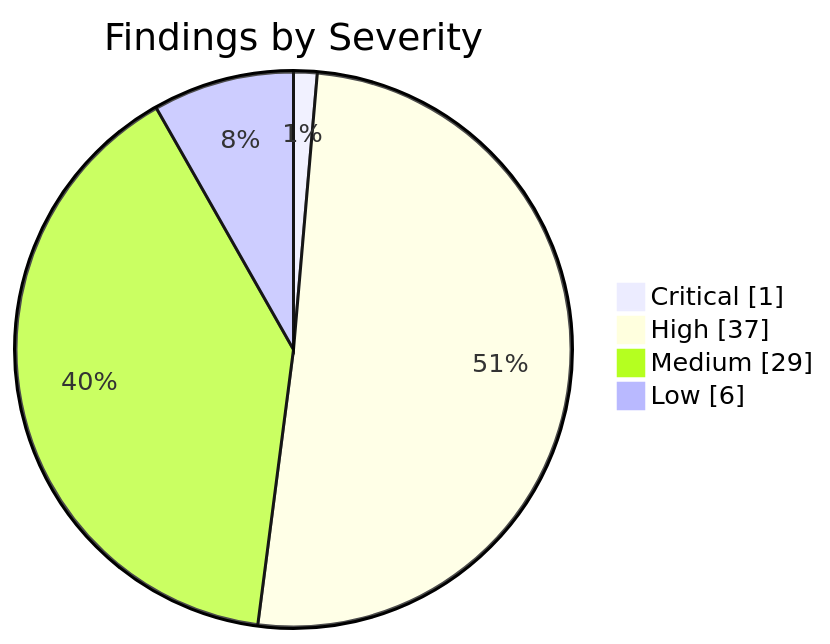
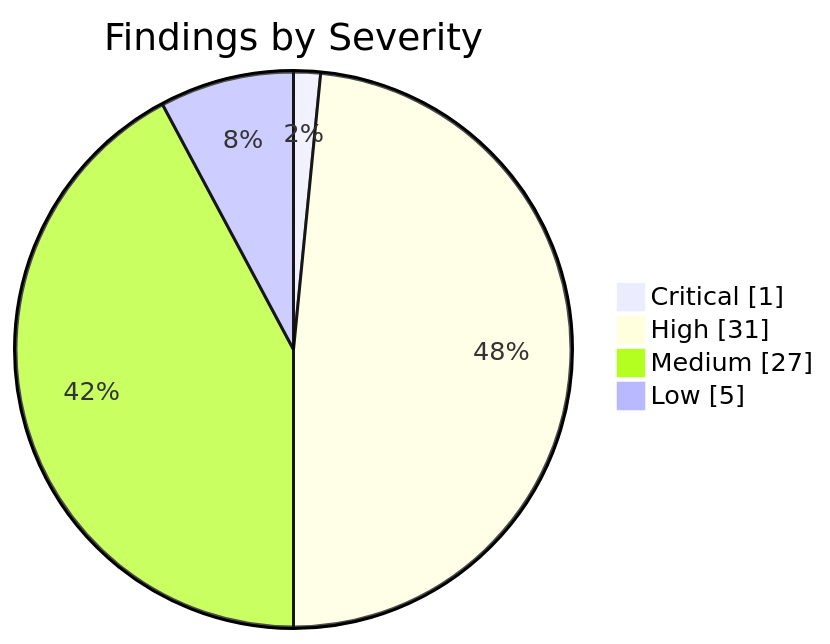
The first of 2 diagrams in apps/kbve/astro-kbve/src/content/docs/dashboard/security.mdx (KBVE/kbve), drawn with Mermaid before and after one commit. The commit also changed other lines of this file and 8 other files, not shown here.

````diff
--- a/apps/kbve/astro-kbve/src/content/docs/dashboard/security.mdx
+++ b/apps/kbve/astro-kbve/src/content/docs/dashboard/security.mdx
@@ -62,8 +62,8 @@
 ```mermaid
 pie showData
     title Findings by Severity
     "Critical" : 1
-    "High" : 37
-    "Medium" : 29
-    "Low" : 6
+    "High" : 31
+    "Medium" : 27
+    "Low" : 5
 ```
````
